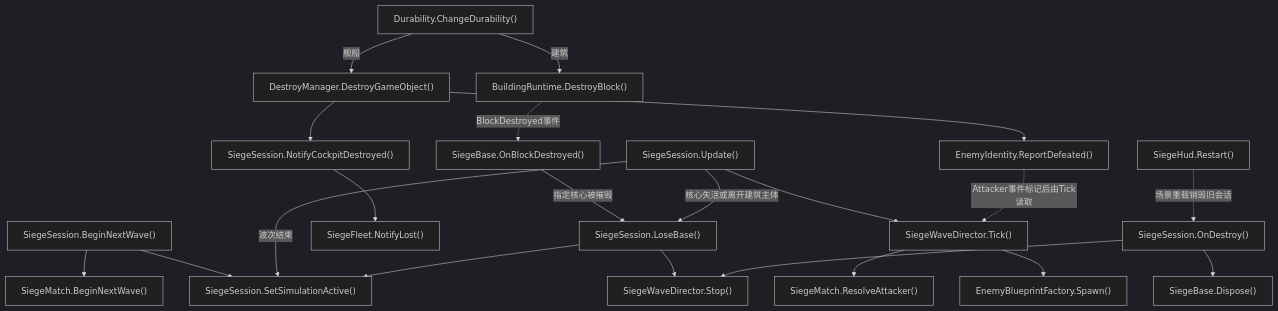
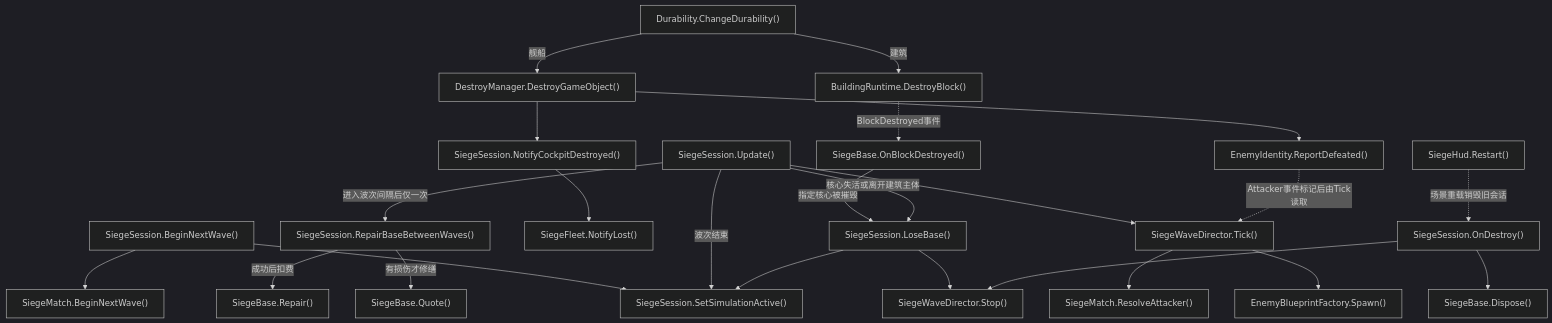
Before and after one commit to kukudia/HY-Sandbox: diagram 34 of 40 in Docs/RuntimeFlow.md, drawn with Mermaid (dark theme). The commit also changed other lines of this file and 6 other files, not shown here.

First line of the commit message:
Automatically refit the base between Siege waves

````diff
--- a/Docs/RuntimeFlow.md
+++ b/Docs/RuntimeFlow.md
@@ -3148,61 +3148,70 @@
 ```mermaid
 flowchart TD
     A["SiegeSession.BeginNextWave()"]
     click A "../Assets/Scripts/Features/Siege/SiegeSession.cs#L78" "打开源码"
     B["SiegeMatch.BeginNextWave()"]
     click B "../Assets/Scripts/Features/Siege/SiegeMatch.cs#L66" "打开源码"
     C["SiegeSession.SetSimulationActive()"]
-    click C "../Assets/Scripts/Features/Siege/SiegeSession.cs#L181" "打开源码"
+    click C "../Assets/Scripts/Features/Siege/SiegeSession.cs#L194" "打开源码"
     D["SiegeSession.Update()"]
     click D "../Assets/Scripts/Features/Siege/SiegeSession.cs#L143" "打开源码"
     E["SiegeWaveDirector.Tick()"]
     click E "../Assets/Scripts/Features/Siege/SiegeWaveDirector.cs#L19" "打开源码"
     F["EnemyBlueprintFactory.Spawn()"]
     click F "../Assets/Scripts/Features/Combat/EnemyBlueprintFactory.cs#L12" "打开源码"
     G["EnemyIdentity.ReportDefeated()"]
     click G "../Assets/Scripts/Features/Combat/EnemyIdentity.cs#L9" "打开源码"
     H["SiegeMatch.ResolveAttacker()"]
     click H "../Assets/Scripts/Features/Siege/SiegeMatch.cs#L96" "打开源码"
     I["Durability.ChangeDurability()"]
     click I "../Assets/Scripts/Features/Combat/Durability.cs#L128" "打开源码"
     J["DestroyManager.DestroyGameObject()"]
     click J "../Assets/Scripts/Features/Combat/DestroyManager.cs#L32" "打开源码"
     K["SiegeSession.NotifyCockpitDestroyed()"]
     click K "../Assets/Scripts/Features/Siege/SiegeSession.cs#L138" "打开源码"
     L["SiegeFleet.NotifyLost()"]
     click L "../Assets/Scripts/Features/Siege/SiegeFleet.cs#L179" "打开源码"
     M["SiegeSession.LoseBase()"]
     click M "../Assets/Scripts/Features/Siege/SiegeSession.cs#L124" "打开源码"
     N["SiegeSession.OnDestroy()"]
-    click N "../Assets/Scripts/Features/Siege/SiegeSession.cs#L174" "打开源码"
+    click N "../Assets/Scripts/Features/Siege/SiegeSession.cs#L187" "打开源码"
     O["SiegeWaveDirector.Stop()"]
     click O "../Assets/Scripts/Features/Siege/SiegeWaveDirector.cs#L75" "打开源码"
     P["SiegeHud.Restart()"]
     click P "../Assets/Scripts/Features/Siege/SiegeHud.cs#L142" "打开源码"
     Q["BuildingRuntime.DestroyBlock()"]
     click Q "../Assets/Scripts/Features/World/BuildingRuntime.cs#L242" "打开源码"
     R["SiegeBase.OnBlockDestroyed()"]
     click R "../Assets/Scripts/Features/Siege/SiegeBase.cs#L123" "打开源码"
     S["SiegeBase.Dispose()"]
     click S "../Assets/Scripts/Features/Siege/SiegeBase.cs#L131" "打开源码"
+    T["SiegeSession.RepairBaseBetweenWaves()"]
+    click T "../Assets/Scripts/Features/Siege/SiegeSession.cs#L176" "打开源码"
+    U["SiegeBase.Quote()"]
+    click U "../Assets/Scripts/Features/Siege/SiegeBase.cs#L70" "打开源码"
+    V["SiegeBase.Repair()"]
+    click V "../Assets/Scripts/Features/Siege/SiegeBase.cs#L98" "打开源码"
     A --> B
     A --> C
     D --> E
     E --> F
     E --> H
     G -.->|Attacker事件标记后由Tick读取| E
     D -->|波次结束| C
+    D -->|进入波次间隔后仅一次| T
+    T -->|有损伤才修缮| U
+    T -->|成功后扣费| V
     I -->|舰船| J
     J --> G
     J --> K
     K --> L
     I -->|建筑| Q
     Q -.->|BlockDestroyed事件| R
     R -->|指定核心被摧毁| M
     D -->|核心失活或离开建筑主体| M
     N --> S
     M --> C
     M --> O
     N --> O
     P -.->|场景重载销毁旧会话| N
 ```
````
